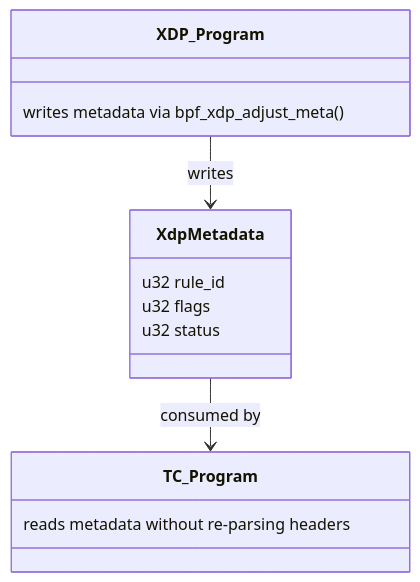
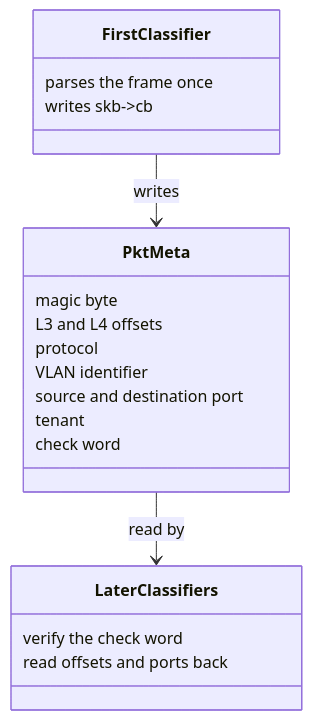
One commit to ebpfsentinel/ebpfsentinel-docs changed the seventh of 7 diagrams in docs/architecture/data-flow.md. Above: the diagram before and after it, drawn with Mermaid. The commit also changed other lines of this file and 6 other files, not shown here.

Commit message:
docs: match architecture and deployment matrix to the warden model, TC chain, per-container hooks and namespace scope

````diff
--- a/docs/architecture/data-flow.md
+++ b/docs/architecture/data-flow.md
@@ -266,19 +278,25 @@
 ```mermaid
 classDiagram
-    class XdpMetadata {
-        u32 rule_id
-        u32 flags
-        u32 status
+    class PktMeta {
+        magic byte
+        L3 and L4 offsets
+        protocol
+        VLAN identifier
+        source and destination port
+        tenant
+        check word
     }
 
-    class XDP_Program {
-        writes metadata via bpf_xdp_adjust_meta()
+    class FirstClassifier {
+        parses the frame once
+        writes skb->cb
     }
 
-    class TC_Program {
-        reads metadata without re-parsing headers
+    class LaterClassifiers {
+        verify the check word
+        read offsets and ports back
     }
 
-    XDP_Program --> XdpMetadata : writes
-    XdpMetadata --> TC_Program : consumed by
+    FirstClassifier --> PktMeta : writes
+    PktMeta --> LaterClassifiers : read by
 ```
````
